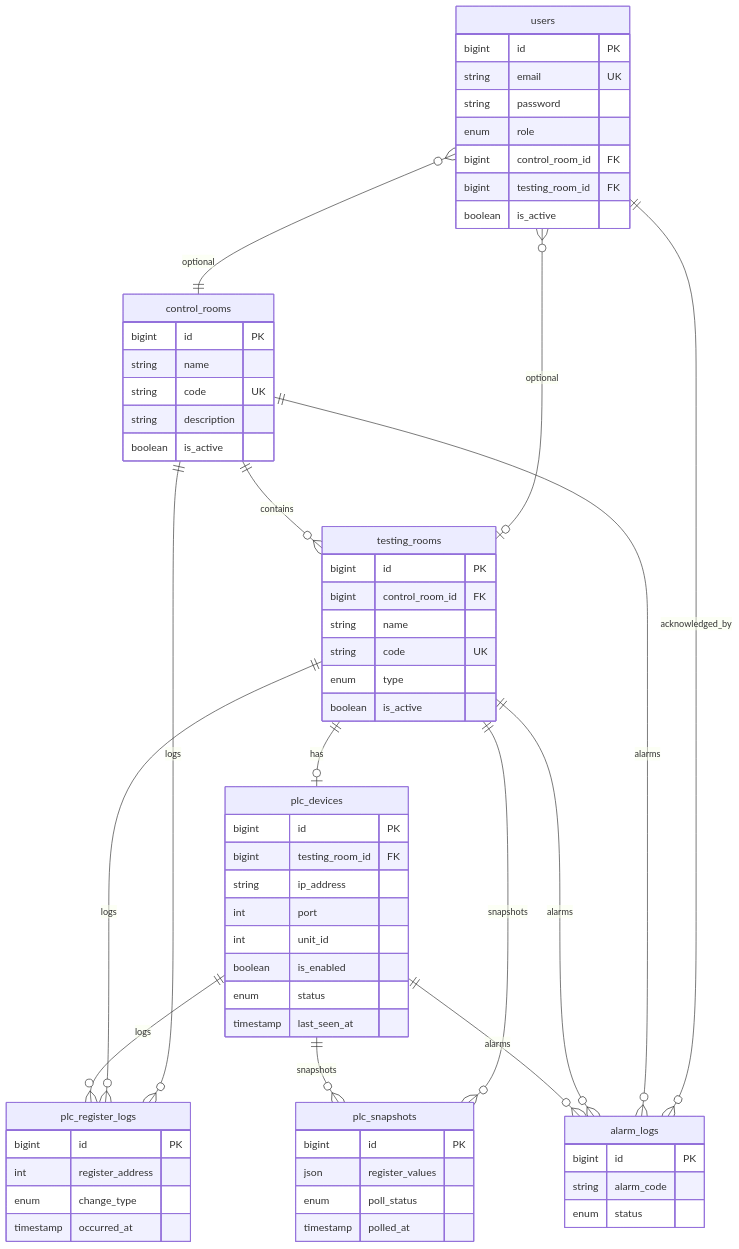
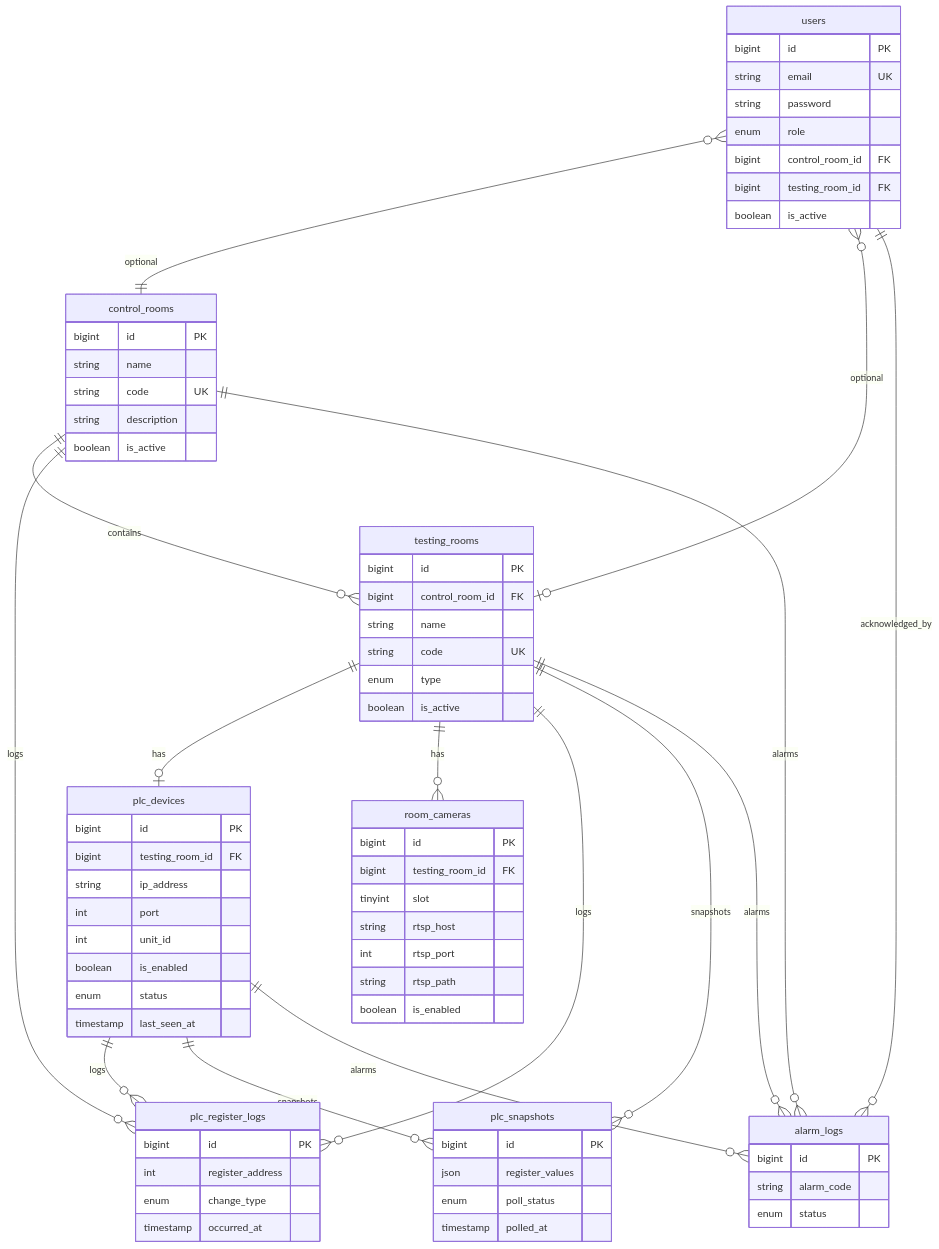
One commit to Maksum885/dashboard_spm changed the fourth of 4 diagrams in docs/SISTEM_CARA_KERJA_DAN_INDEKS_FILE.md. Above: the diagram before and after it, drawn with Mermaid. The commit also changed other lines of this file and 34 other files, not shown here.

````diff
--- a/docs/SISTEM_CARA_KERJA_DAN_INDEKS_FILE.md
+++ b/docs/SISTEM_CARA_KERJA_DAN_INDEKS_FILE.md
@@ -227,68 +241,78 @@
 ```mermaid
 erDiagram
   control_rooms ||--o{ testing_rooms : contains
   testing_rooms ||--o| plc_devices : has
+  testing_rooms ||--o{ room_cameras : has
   users }o--|| control_rooms : optional
   users }o--o| testing_rooms : optional
   plc_devices ||--o{ plc_register_logs : logs
   testing_rooms ||--o{ plc_register_logs : logs
   control_rooms ||--o{ plc_register_logs : logs
   plc_devices ||--o{ plc_snapshots : snapshots
   testing_rooms ||--o{ plc_snapshots : snapshots
   plc_devices ||--o{ alarm_logs : alarms
   testing_rooms ||--o{ alarm_logs : alarms
   control_rooms ||--o{ alarm_logs : alarms
   users ||--o{ alarm_logs : acknowledged_by
 
   control_rooms {
     bigint id PK
     string name
     string code UK
     string description
     boolean is_active
   }
   testing_rooms {
     bigint id PK
     bigint control_room_id FK
     string name
     string code UK
     enum type
     boolean is_active
   }
   plc_devices {
     bigint id PK
     bigint testing_room_id FK
     string ip_address
     int port
     int unit_id
     boolean is_enabled
     enum status
     timestamp last_seen_at
   }
+  room_cameras {
+    bigint id PK
+    bigint testing_room_id FK
+    tinyint slot
+    string rtsp_host
+    int rtsp_port
+    string rtsp_path
+    boolean is_enabled
+  }
   users {
     bigint id PK
     string email UK
     string password
     enum role
     bigint control_room_id FK
     bigint testing_room_id FK
     boolean is_active
   }
   alarm_logs {
     bigint id PK
     string alarm_code
     enum status
   }
   plc_register_logs {
     bigint id PK
     int register_address
     enum change_type
     timestamp occurred_at
   }
   plc_snapshots {
     bigint id PK
     json register_values
     enum poll_status
     timestamp polled_at
   }
 ```
````
